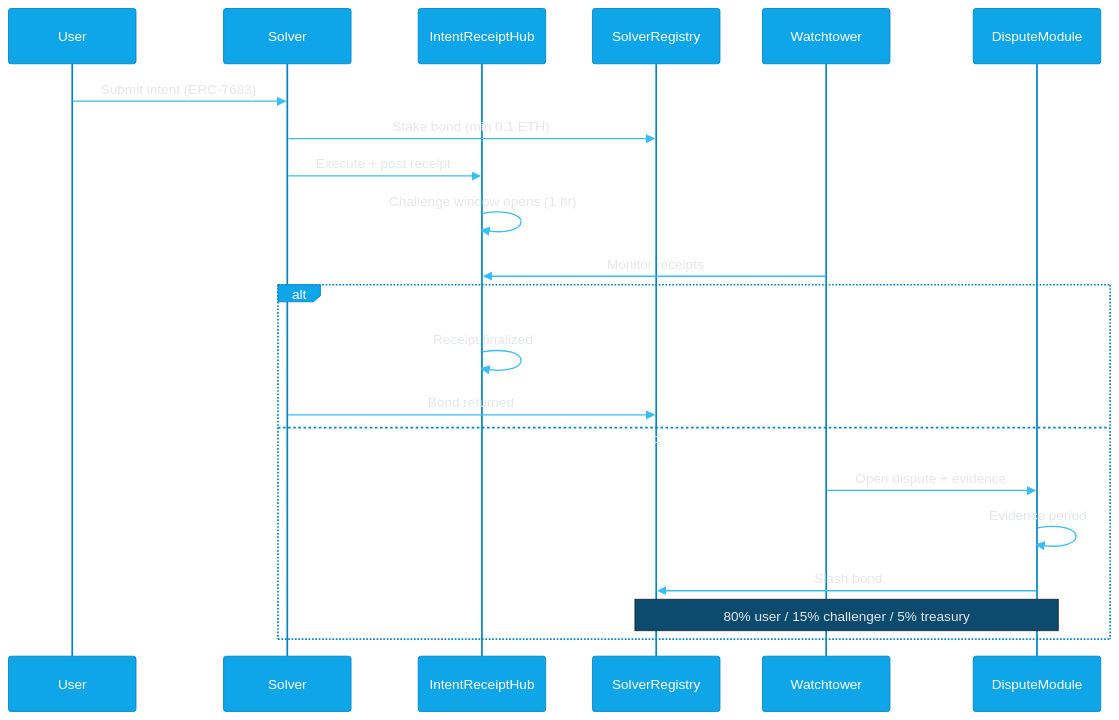
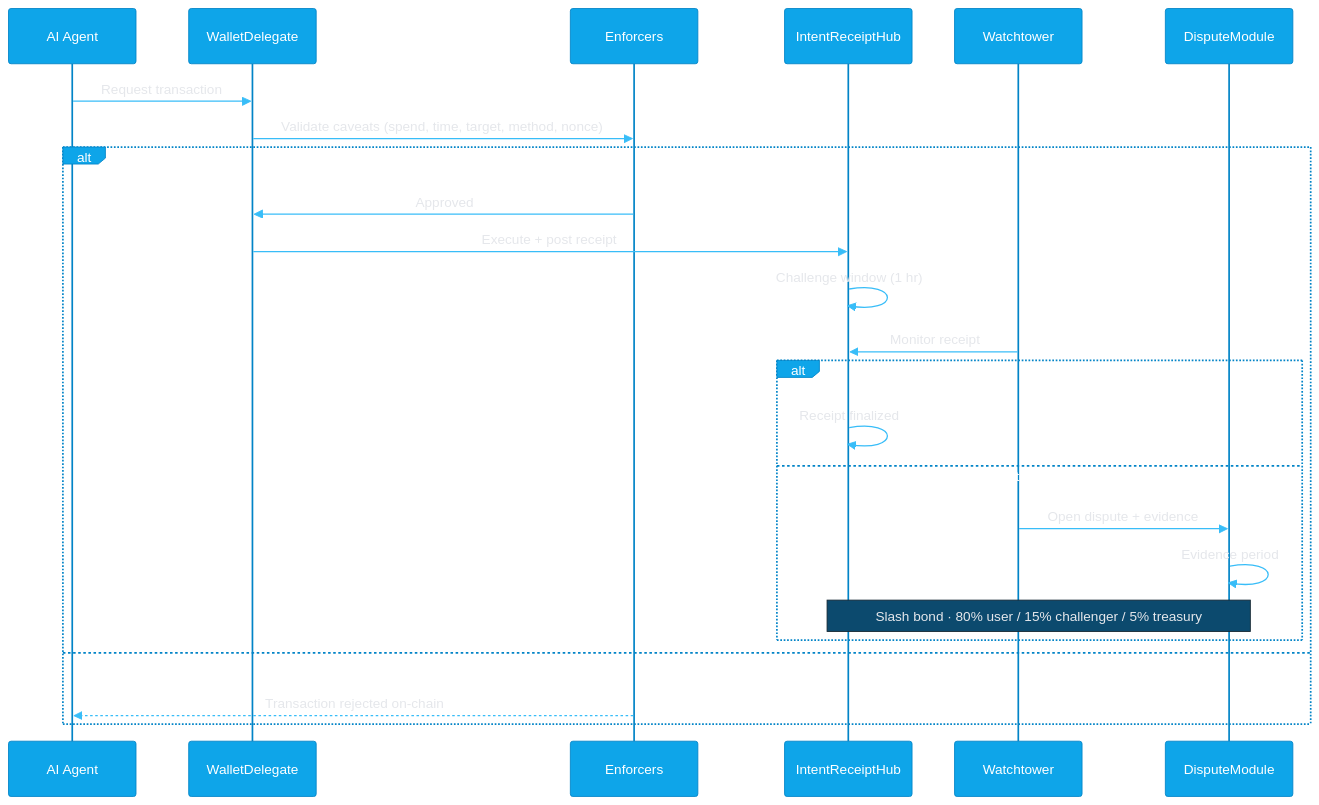
One commit to intent-solutions-io/irsb-workspace changed the first of 2 diagrams in README.md. Above: the diagram before and after it, drawn with Mermaid. The commit also changed other lines of this file, not shown here.

First line of the commit message:
docs: reframe root README to lead with AI agent guardrails narrative

````diff
--- a/README.md
+++ b/README.md
@@ -22,41 +48,44 @@
 ```mermaid
 %%{init: {'theme': 'base', 'themeVariables': {
   'primaryColor': '#0ea5e9',
   'primaryBorderColor': '#0284c7',
   'primaryTextColor': '#ffffff',
   'lineColor': '#38bdf8',
   'secondaryColor': '#0c1929',
   'tertiaryColor': '#e5e7eb',
   'noteBkgColor': '#0c4a6e',
   'noteTextColor': '#e5e7eb',
   'actorBkg': '#0ea5e9',
   'actorBorder': '#0284c7',
   'actorTextColor': '#ffffff',
   'signalColor': '#38bdf8',
   'signalTextColor': '#e5e7eb',
   'activationBkgColor': '#0c4a6e',
   'activationBorderColor': '#0ea5e9'
 }}}%%
 sequenceDiagram
-    participant U as User
-    participant S as Solver
+    participant A as AI Agent
+    participant W as WalletDelegate
+    participant E as Enforcers
     participant R as IntentReceiptHub
-    participant B as SolverRegistry
-    participant W as Watchtower
+    participant T as Watchtower
     participant D as DisputeModule
 
-    U->>S: Submit intent (ERC-7683)
-    S->>B: Stake bond (min 0.1 ETH)
-    S->>R: Execute + post receipt
-    R->>R: Challenge window opens (1 hr)
-    W->>R: Monitor receipts
-    alt No violation
-        R->>R: Receipt finalized
-        S->>B: Bond returned
-    else Violation detected
-        W->>D: Open dispute + evidence
-        D->>D: Evidence period
-        D->>B: Slash bond
-        Note over D,B: 80% user / 15% challenger / 5% treasury
+    A->>W: Request transaction
+    W->>E: Validate caveats (spend, time, target, method, nonce)
+    alt Caveats pass
+        E->>W: Approved
+        W->>R: Execute + post receipt
+        R->>R: Challenge window (1 hr)
+        T->>R: Monitor receipt
+        alt No violation
+            R->>R: Receipt finalized
+        else Violation detected
+            T->>D: Open dispute + evidence
+            D->>D: Evidence period
+            Note over D,R: Slash bond · 80% user / 15% challenger / 5% treasury
+        end
+    else Caveats fail
+        E-->>A: Transaction rejected on-chain
     end
 ```
````
